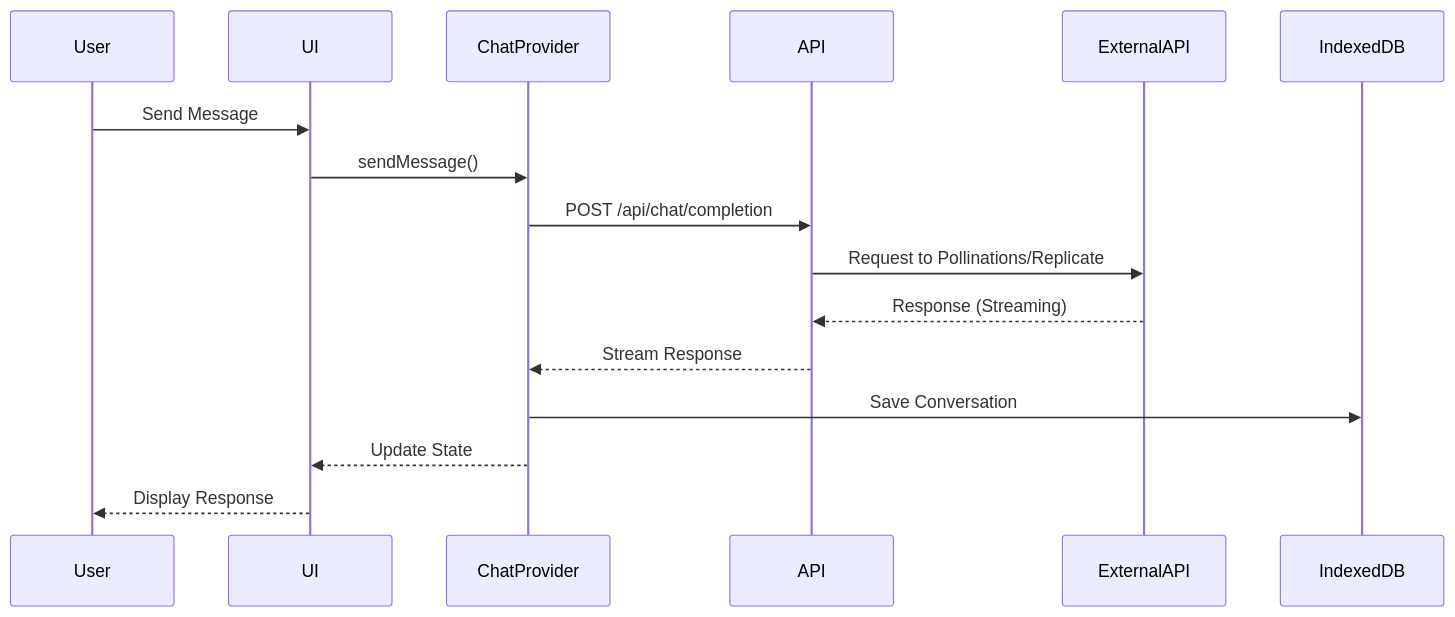
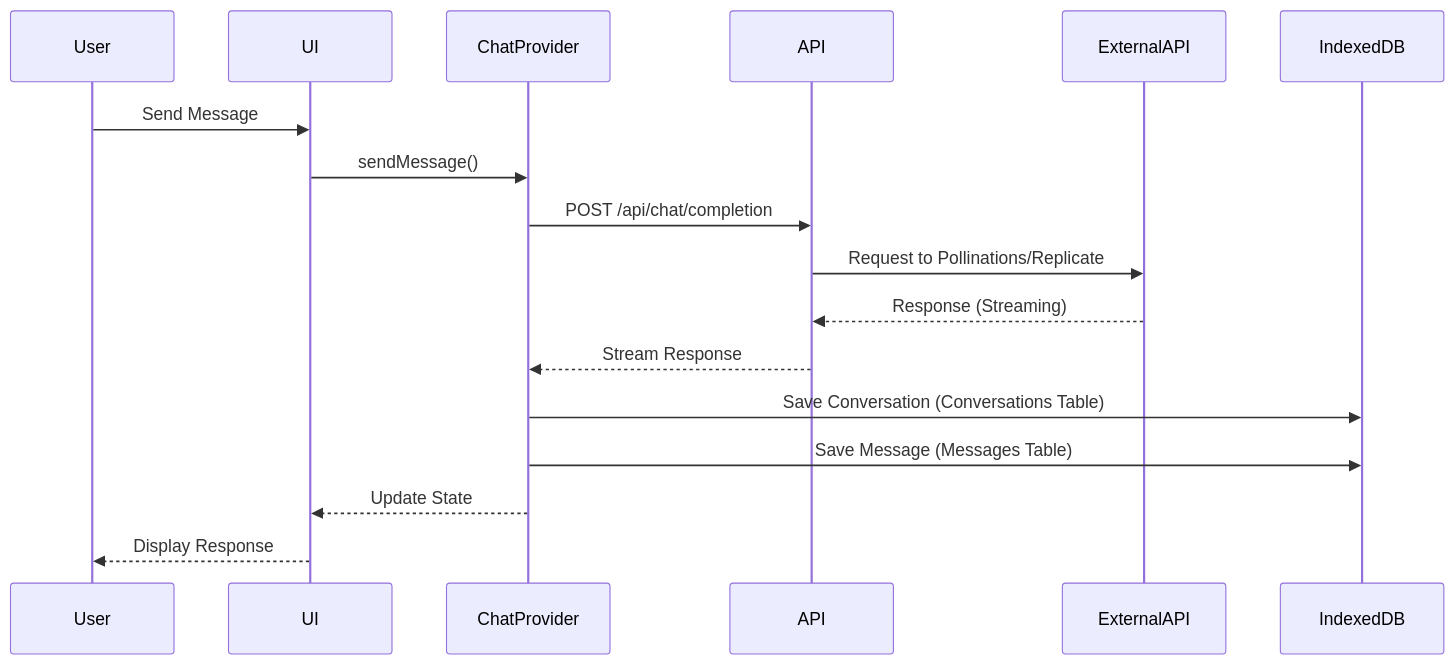
One commit to loopmaster303/heyhihosted changed the third of 5 diagrams in docs/architecture-view.md. Above: the diagram before and after it, drawn with Mermaid. The commit also changed other lines of this file and 100 other files, not shown here.

````diff
--- a/docs/architecture-view.md
+++ b/docs/architecture-view.md
@@ -70,18 +76,20 @@
 ```mermaid
 sequenceDiagram
     participant User
     participant UI
     participant ChatProvider
     participant API
     participant ExternalAPI
+    participant IndexedDB
     
     User->>UI: Send Message
     UI->>ChatProvider: sendMessage()
     ChatProvider->>API: POST /api/chat/completion
     API->>ExternalAPI: Request to Pollinations/Replicate
     ExternalAPI-->>API: Response (Streaming)
     API-->>ChatProvider: Stream Response
-    ChatProvider->>IndexedDB: Save Conversation
+    ChatProvider->>IndexedDB: Save Conversation (Conversations Table)
+    ChatProvider->>IndexedDB: Save Message (Messages Table)
     ChatProvider-->>UI: Update State
     UI-->>User: Display Response
 ```
````
